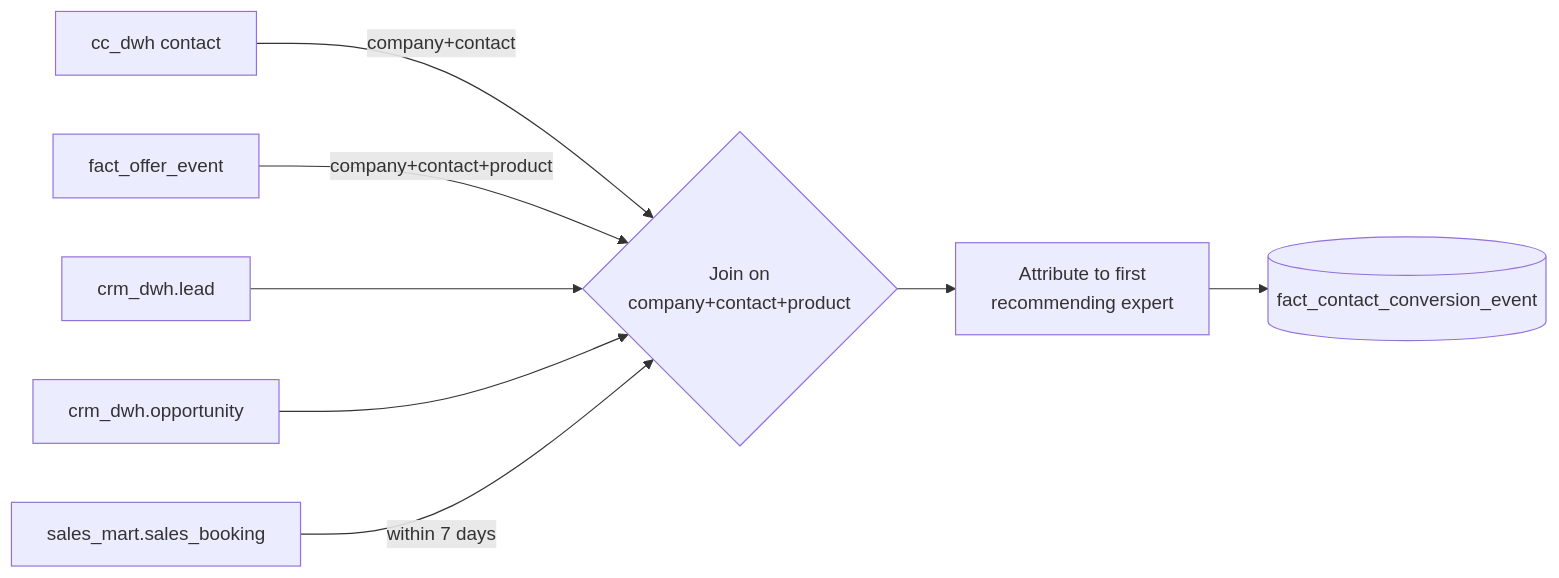
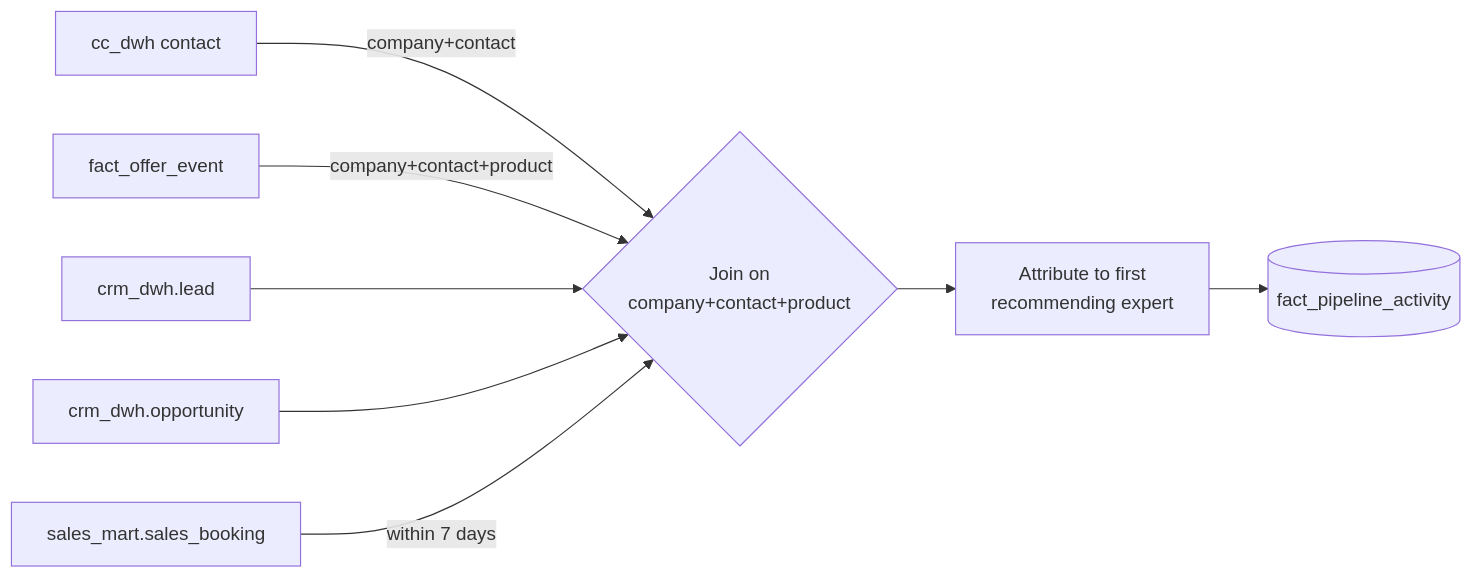
Before and after one commit to sharath-dataengineer/enterprise-data-foundation: the diagram in design/source-to-target.md, drawn with Mermaid. The commit also changed other lines of this file and 3 other files, not shown here.

````diff
--- a/design/source-to-target.md
+++ b/design/source-to-target.md
@@ -34,10 +34,10 @@
 ```mermaid
 flowchart LR
     CC[cc_dwh contact] -->|company+contact| J1
     REC[fact_offer_event] -->|company+contact+product| J1{Join on<br/>company+contact+product}
     LEAD[crm_dwh.lead] --> J1
     OPP[crm_dwh.opportunity] --> J1
     ORD[sales_mart.sales_booking] -->|within 7 days| J1
     J1 --> ATTR[Attribute to first<br/>recommending expert]
-    ATTR --> FC[(fact_contact_conversion_event)]
+    ATTR --> FC[(fact_pipeline_activity)]
 ```
````
